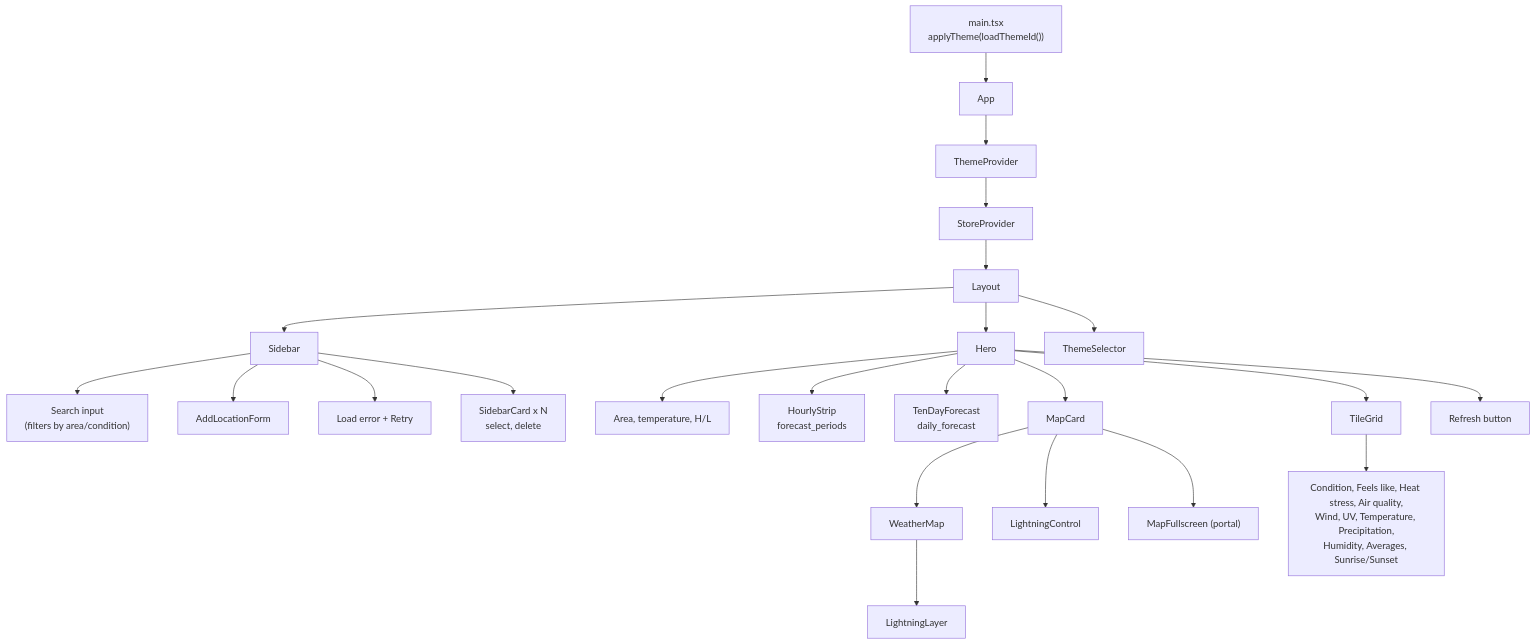
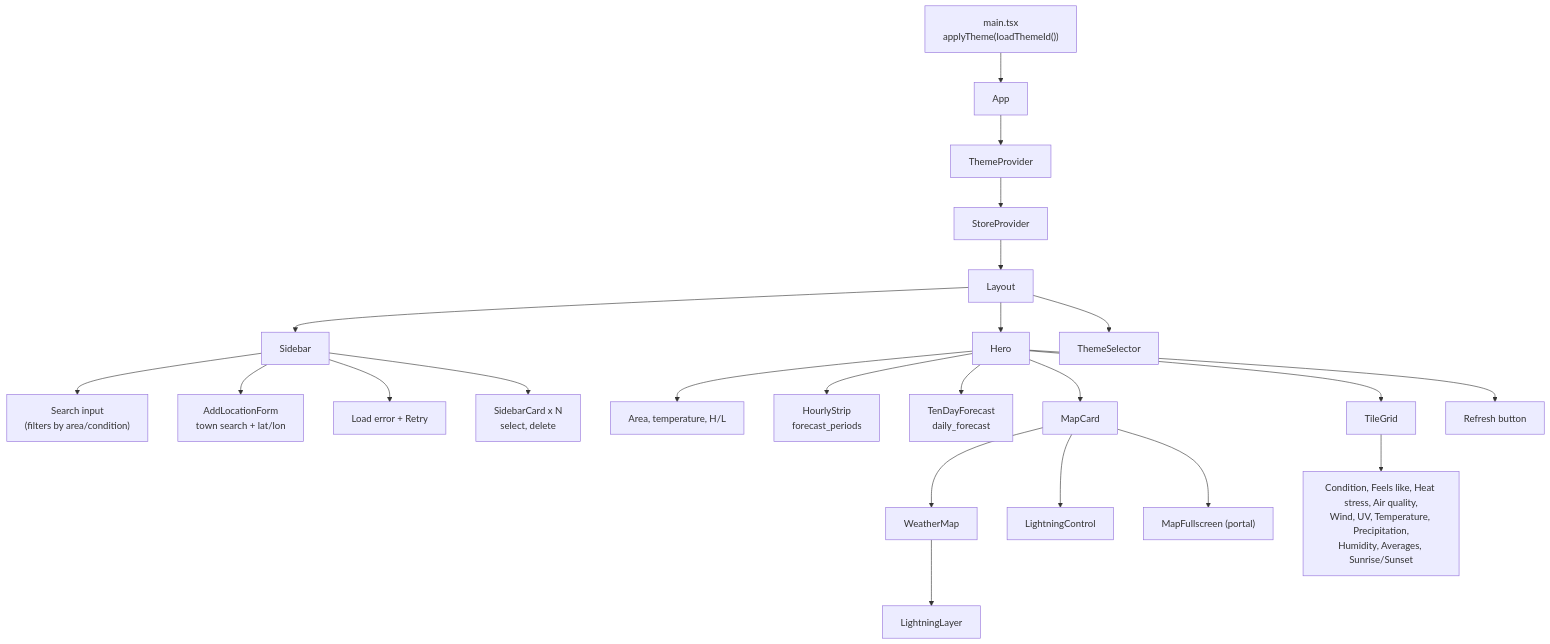
The first of 2 diagrams in docs/src/content/docs/frontend/overview.md (chuan77/AIxTech-SG-Weather), drawn with Mermaid before and after one commit. The commit also changed other lines of this file and 27 other files, not shown here.

First line of the commit message:
feat: find a Singapore town by name in the add-location form

````diff
--- a/docs/src/content/docs/frontend/overview.md
+++ b/docs/src/content/docs/frontend/overview.md
@@ -12,28 +12,28 @@
 ```mermaid
 flowchart TD
   main["main.tsx<br/>applyTheme(loadThemeId())"] --> App
   App --> ThemeProvider --> StoreProvider --> Layout
 
   Layout --> Sidebar
   Layout --> Hero
   Layout --> ThemeSelector
 
   Sidebar --> Search["Search input<br/>(filters by area/condition)"]
-  Sidebar --> AddLocationForm
+  Sidebar --> AddLocationForm["AddLocationForm<br/>town search + lat/lon"]
   Sidebar --> LoadError["Load error + Retry"]
   Sidebar --> SidebarCard["SidebarCard x N<br/>select, delete"]
 
   Hero --> Header["Area, temperature, H/L"]
   Hero --> HourlyStrip["HourlyStrip<br/>forecast_periods"]
   Hero --> TenDayForecast["TenDayForecast<br/>daily_forecast"]
   Hero --> MapCard
   Hero --> TileGrid
   Hero --> RefreshBtn["Refresh button"]
 
   MapCard --> WeatherMap
   MapCard --> LightningControl
   MapCard --> MapFullscreen["MapFullscreen (portal)"]
   WeatherMap --> LightningLayer
 
   TileGrid --> Tiles["Condition, Feels like, Heat stress, Air quality,<br/>Wind, UV, Temperature, Precipitation,<br/>Humidity, Averages, Sunrise/Sunset"]
 ```
````
